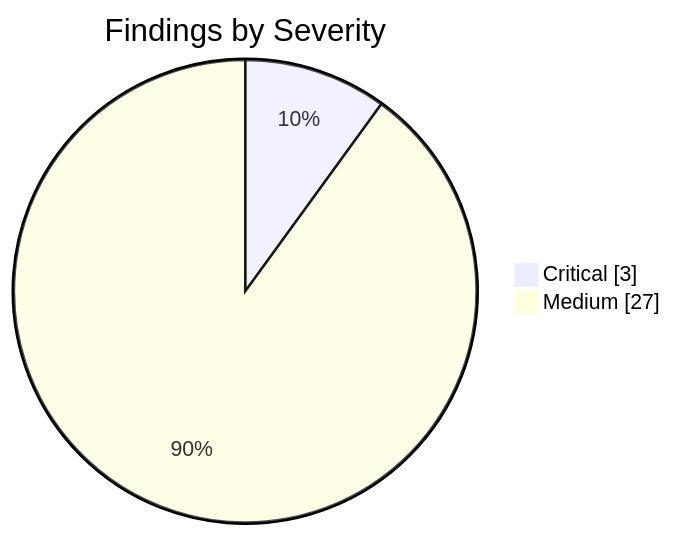
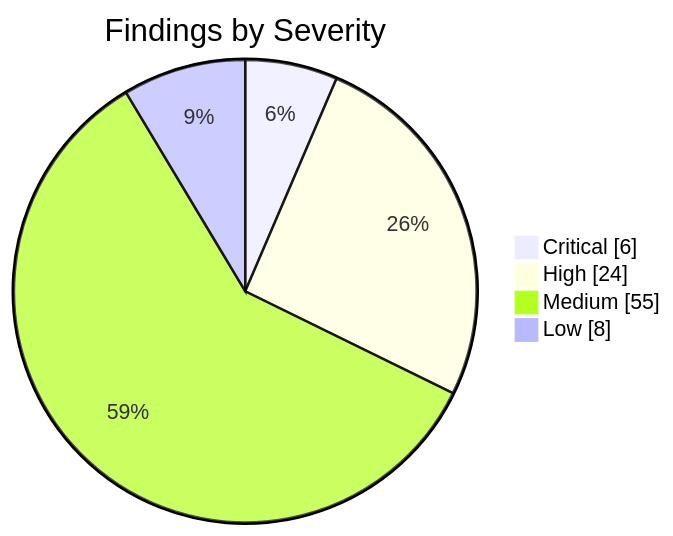
Before and after one commit to KBVE/kbve: the first of 2 diagrams in apps/kbve/astro-kbve/src/content/docs/dashboard/security.mdx, drawn with Mermaid. The commit also changed other lines of this file and 8 other files, not shown here.

````diff
--- a/apps/kbve/astro-kbve/src/content/docs/dashboard/security.mdx
+++ b/apps/kbve/astro-kbve/src/content/docs/dashboard/security.mdx
@@ -62,6 +62,8 @@
 ```mermaid
 pie showData
     title Findings by Severity
-    "Critical" : 3
-    "Medium" : 27
+    "Critical" : 6
+    "High" : 24
+    "Medium" : 55
+    "Low" : 8
 ```
````
